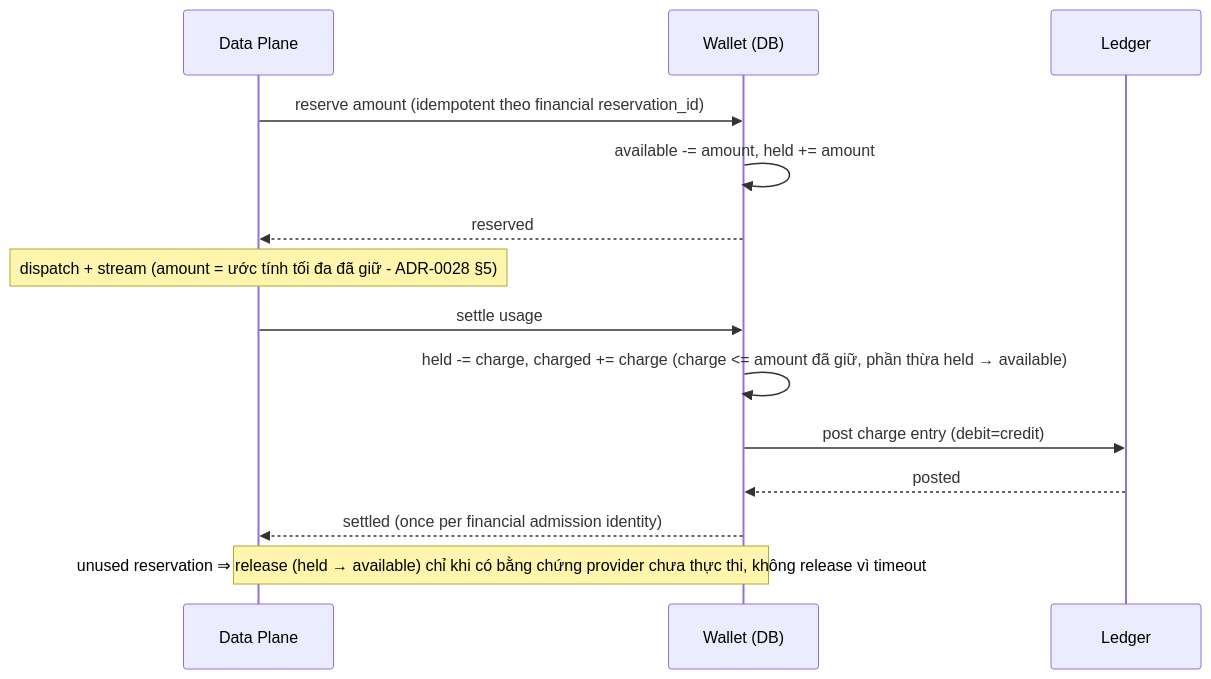
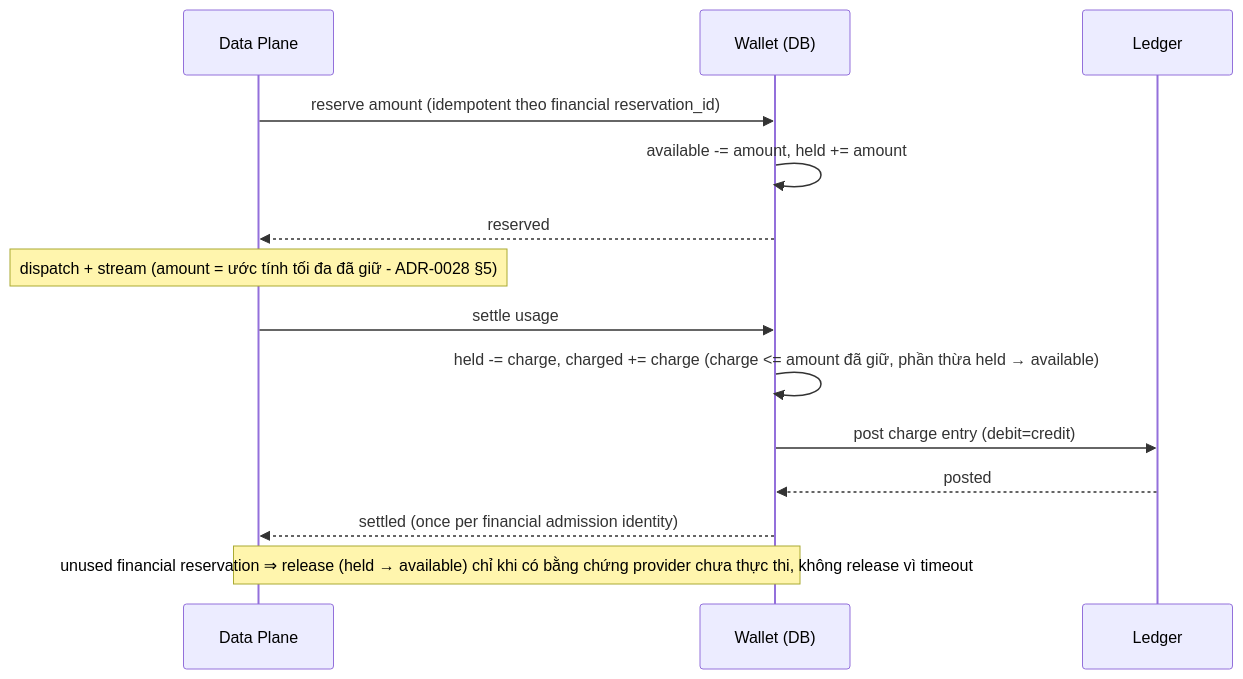
The seventh of 7 diagrams in docs/applications/llm-api/01-architecture.md (ecoma-io/ecoma), drawn with Mermaid before and after one commit. The commit also changed other lines of this file and 3 other files, not shown here.

First line of the commit message:
docs: separate financial admission from durable reservation and bound pricing

````diff
--- a/docs/applications/llm-api/01-architecture.md
+++ b/docs/applications/llm-api/01-architecture.md
@@ -390,17 +397,17 @@
 ```mermaid
 sequenceDiagram
   participant DP as Data Plane
   participant W as Wallet (DB)
   participant L as Ledger
 
   DP->>W: reserve amount (idempotent theo financial reservation_id)
   W->>W: available -= amount, held += amount
   W-->>DP: reserved
   Note over DP: dispatch + stream (amount = ước tính tối đa đã giữ - ADR-0028 §5)
   DP->>W: settle usage
   W->>W: held -= charge, charged += charge (charge <= amount đã giữ, phần thừa held → available)
   W->>L: post charge entry (debit=credit)
   L-->>W: posted
   W-->>DP: settled (once per financial admission identity)
-  Note over DP,W: unused reservation ⇒ release (held → available) chỉ khi có bằng chứng provider chưa thực thi, không release vì timeout
+  Note over DP,W: unused financial reservation ⇒ release (held → available) chỉ khi có bằng chứng provider chưa thực thi, không release vì timeout
 ```
````
